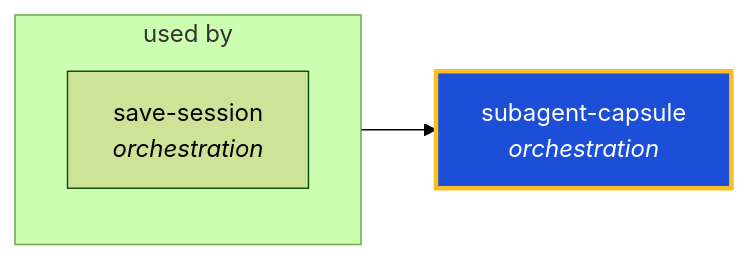
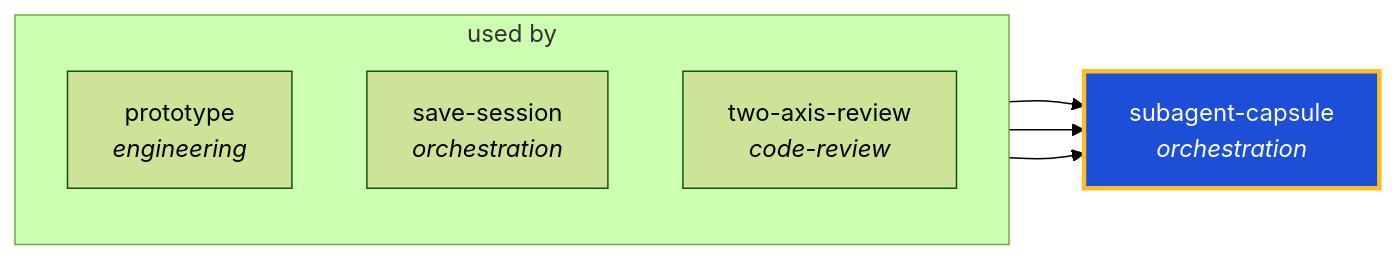
Before and after one commit to ThePlenkov/skills: the diagram in docs/graphs/generated/subagent-capsule.md, drawn with Mermaid (forest theme). The commit also changed other lines of this file and 76 other files, not shown here.

````diff
--- a/docs/graphs/generated/subagent-capsule.md
+++ b/docs/graphs/generated/subagent-capsule.md
@@ -22,13 +22,17 @@
 ```mermaid
 graph LR
   subagent_capsule["subagent-capsule<br/><i>orchestration</i>"]
   classDef center fill:#1d4ed8,stroke:#fbbf24,stroke-width:3px,color:#fff
   class subagent_capsule center
 
   subgraph sg_used_by["used by"]
     direction TB
+    prototype["prototype<br/><i>engineering</i>"]
     save_session["save-session<br/><i>orchestration</i>"]
+    two_axis_review["two-axis-review<br/><i>code-review</i>"]
   end
+  prototype --> subagent_capsule
   save_session --> subagent_capsule
+  two_axis_review --> subagent_capsule
 
 ```
````
